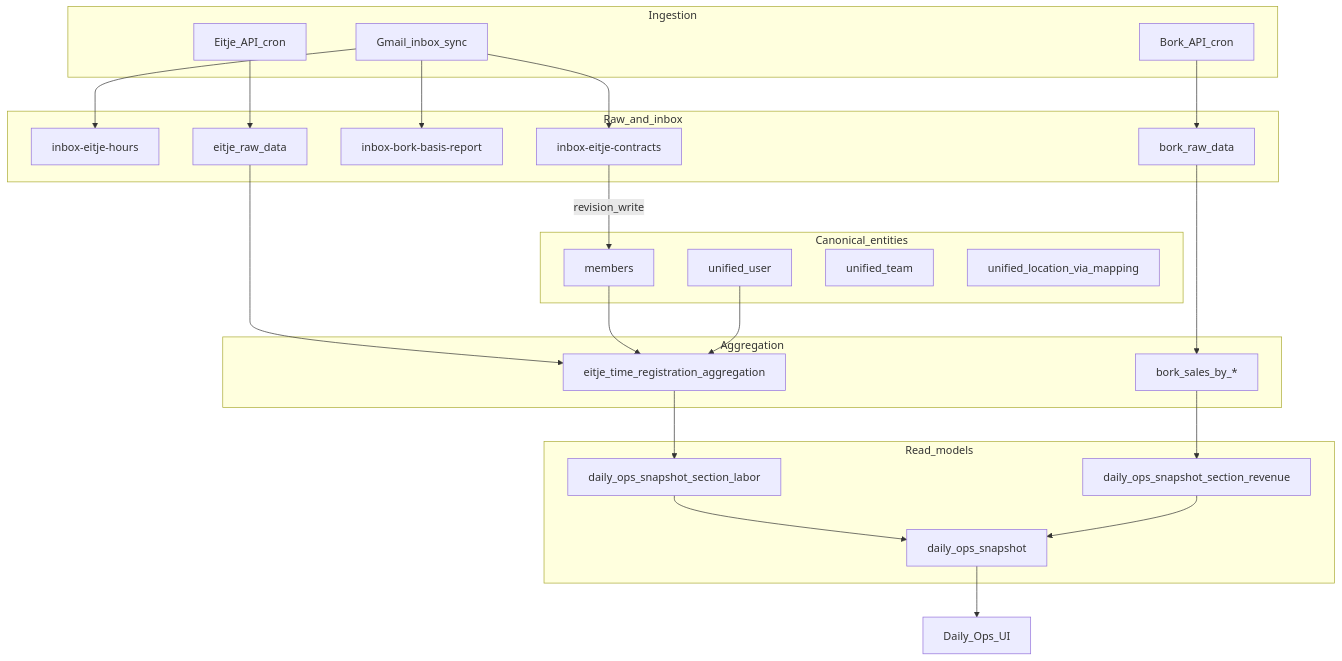
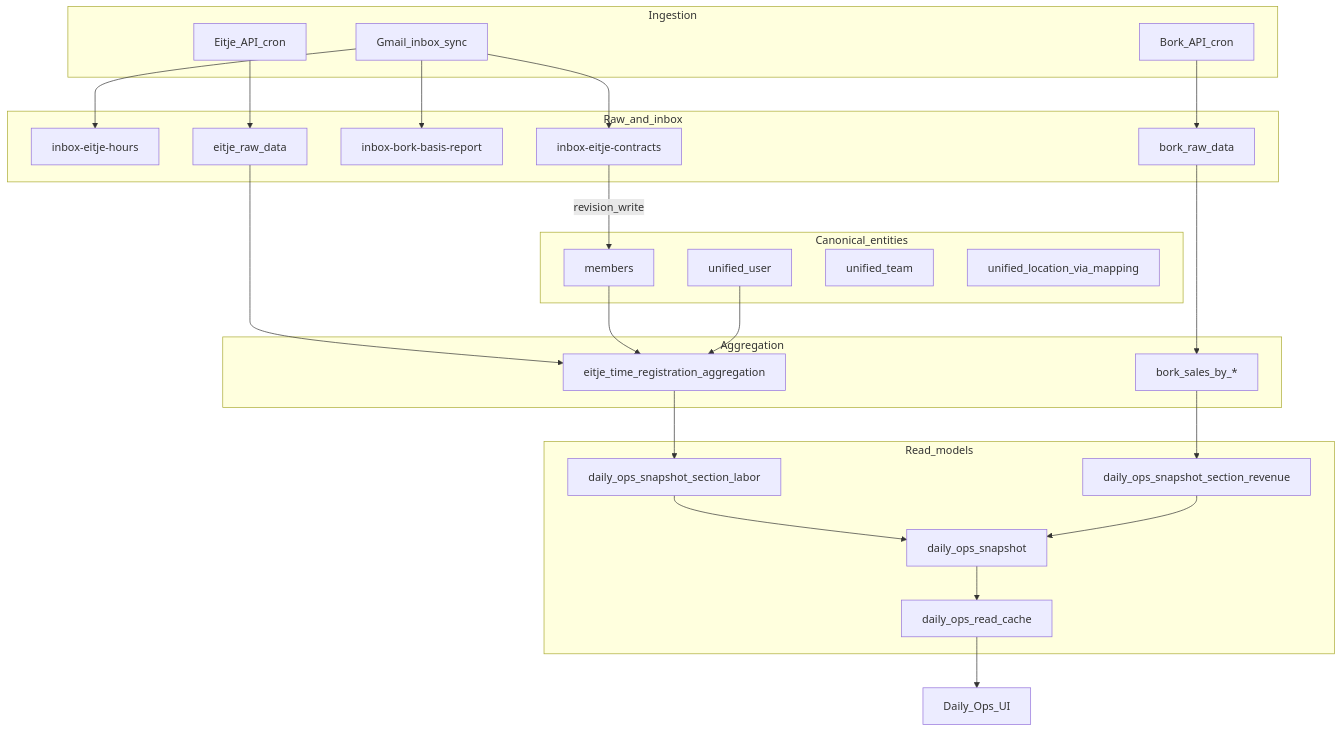
The diagram in ARCHITECTURE.md (isaplan/daily-ops), drawn with Mermaid before and after one commit. The commit also changed other lines of this file and 203 other files, not shown here.

First line of the commit message:
feat: multi-location metric selection + weekly report + read-cache integrity

````diff
--- a/ARCHITECTURE.md
+++ b/ARCHITECTURE.md
@@ -17,45 +17,47 @@
 ```mermaid
 flowchart TB
   subgraph ingest [Ingestion]
     Gmail[Gmail_inbox_sync]
     BorkAPI[Bork_API_cron]
     EitjeAPI[Eitje_API_cron]
   end
   subgraph raw [Raw_and_inbox]
     InboxHours[inbox-eitje-hours]
     InboxContracts[inbox-eitje-contracts]
     InboxBasis[inbox-bork-basis-report]
     BorkRaw[bork_raw_data]
     EitjeRaw[eitje_raw_data]
   end
   subgraph canonical [Canonical_entities]
     Members[members]
     UnifiedUser[unified_user]
     UnifiedTeam[unified_team]
     UnifiedLoc[unified_location_via_mapping]
   end
   subgraph agg [Aggregation]
     EitjeAgg[eitje_time_registration_aggregation]
     BorkAgg[bork_sales_by_*]
   end
   subgraph readmodel [Read_models]
     SnapMaster[daily_ops_snapshot]
     SnapLabor[daily_ops_snapshot_section_labor]
     SnapRev[daily_ops_snapshot_section_revenue]
+    ReadCache[daily_ops_read_cache]
   end
   Gmail --> InboxHours
   Gmail --> InboxContracts
   Gmail --> InboxBasis
   BorkAPI --> BorkRaw
   EitjeAPI --> EitjeRaw
   InboxContracts -->|"revision_write"| Members
   EitjeRaw --> EitjeAgg
   BorkRaw --> BorkAgg
   Members --> EitjeAgg
   UnifiedUser --> EitjeAgg
   EitjeAgg --> SnapLabor
   BorkAgg --> SnapRev
   SnapLabor --> SnapMaster
   SnapRev --> SnapMaster
-  SnapMaster --> UI[Daily_Ops_UI]
+  SnapMaster --> ReadCache
+  ReadCache --> UI[Daily_Ops_UI]
 ```
````
